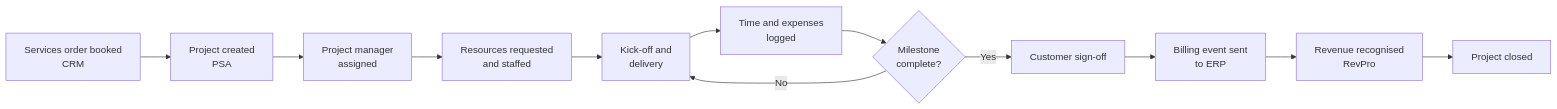
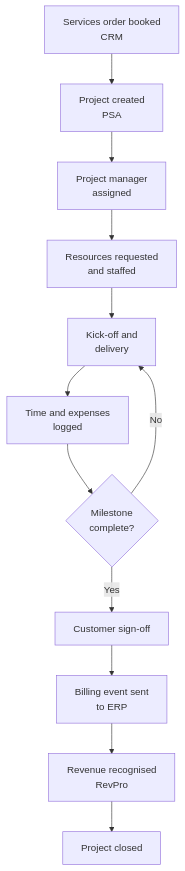
One commit to Avinash0789/Avinash0789.github.io changed the diagram in docs/streams/delivery-apps.md. Above: the diagram before and after it, drawn with Mermaid. The commit also changed 5 other files, not shown here.

Commit message:
Use top-down flow diagrams on stream pages

````diff
--- a/docs/streams/delivery-apps.md
+++ b/docs/streams/delivery-apps.md
@@ -25,14 +25,14 @@
 ```mermaid
-flowchart LR
+flowchart TD
     A[Services order booked<br/>CRM] --> B[Project created<br/>PSA]
     B --> C[Project manager<br/>assigned]
     C --> D[Resources requested<br/>and staffed]
     D --> E[Kick-off and<br/>delivery]
     E --> F[Time and expenses<br/>logged]
     F --> G{Milestone<br/>complete?}
     G -- No --> E
     G -- Yes --> H[Customer sign-off]
     H --> I[Billing event sent<br/>to ERP]
     I --> J[Revenue recognised<br/>RevPro]
     J --> K[Project closed]
 ```
````
